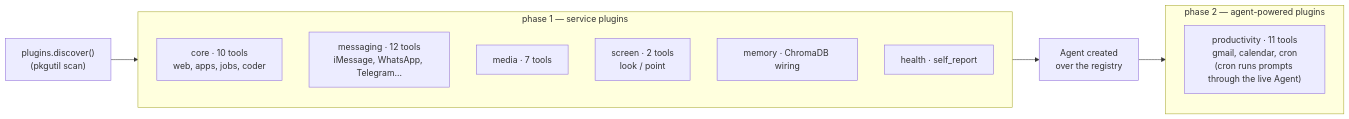
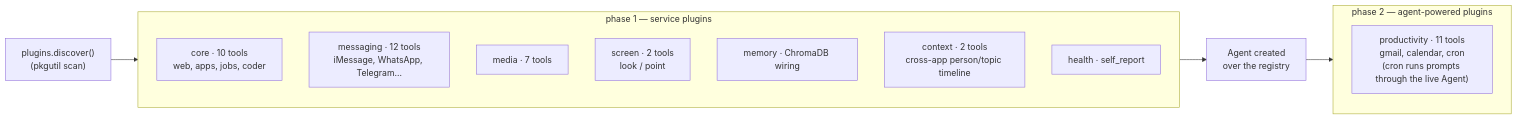
Before and after one commit to Bhanu1299/Aria: the third of 6 diagrams in ARCHITECTURE.md, drawn with Mermaid. The commit also changed other lines of this file and 9 other files, not shown here.

First line of the commit message:
feat(context): cross-app person and topic timeline

````diff
--- a/ARCHITECTURE.md
+++ b/ARCHITECTURE.md
@@ -113,20 +113,21 @@
 ```mermaid
 flowchart LR
     D["plugins.discover()<br/>(pkgutil scan)"] --> P1
 
     subgraph P1 [" phase 1 — service plugins "]
         CORE["core · 10 tools<br/>web, apps, jobs, coder"]
         MSG["messaging · 12 tools<br/>iMessage, WhatsApp, Telegram…"]
         MED["media · 7 tools"]
         SCR["screen · 2 tools<br/>look / point"]
         MEM["memory · ChromaDB wiring"]
+        CTX["context · 2 tools<br/>cross-app person/topic timeline"]
         HLT["health · self_report"]
     end
 
     P1 --> AGENT["Agent created<br/>over the registry"]
     AGENT --> P2
 
     subgraph P2 [" phase 2 — agent-powered plugins "]
         PROD["productivity · 11 tools<br/>gmail, calendar, cron<br/>(cron runs prompts through the live Agent)"]
     end
 ```
````
